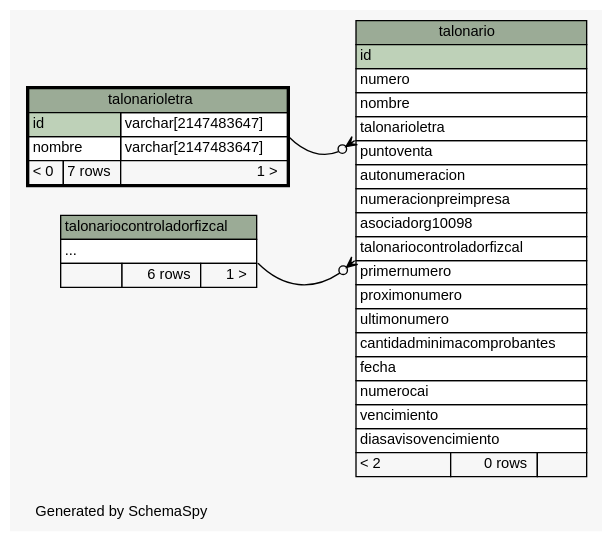
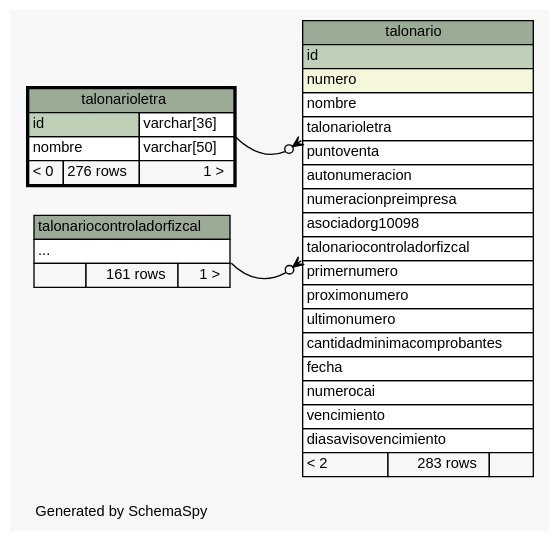
Before and after one commit to diegopablomansilla/massoftware_front: the diagram in postgresql/schemaSpy/salida/diagrams/talonarioletra.2degrees.dot, drawn with Graphviz. The commit also changed 162 other files, not shown here.

```diff
--- a/postgresql/schemaSpy/salida/diagrams/talonarioletra.2degrees.dot
+++ b/postgresql/schemaSpy/salida/diagrams/talonarioletra.2degrees.dot
@@ -1,71 +1,71 @@
 // dot 2.2.1 on Windows 10 10.0
 // SchemaSpy rev 590
 digraph "twoDegreesRelationshipsDiagram" {
   graph [
     rankdir="RL"
     bgcolor="#f7f7f7"
     label="\nGenerated by SchemaSpy"
     labeljust="l"
     nodesep="0.18"
     ranksep="0.46"
     fontname="Helvetica"
     fontsize="11"
   ];
   node [
     fontname="Helvetica"
     fontsize="11"
     shape="plaintext"
   ];
   edge [
     arrowsize="0.8"
   ];
   "talonario":"talonariocontroladorfizcal":sw -> "talonariocontroladorfizcal":"elipses":se [arrowhead=none dir=back arrowtail=crowodot];
   "talonario":"talonarioletra":sw -> "talonarioletra":"id.type":se [arrowhead=none dir=back arrowtail=crowodot];
   "talonario" [
     label=<
     <TABLE BORDER="0" CELLBORDER="1" CELLSPACING="0" BGCOLOR="#ffffff">
       <TR><TD COLSPAN="3" BGCOLOR="#9bab96" ALIGN="CENTER">talonario</TD></TR>
       <TR><TD PORT="id" COLSPAN="3" BGCOLOR="#bed1b8" ALIGN="LEFT">id</TD></TR>
-      <TR><TD PORT="numero" COLSPAN="3" ALIGN="LEFT">numero</TD></TR>
+      <TR><TD PORT="numero" COLSPAN="3" BGCOLOR="#f4f7da" ALIGN="LEFT">numero</TD></TR>
       <TR><TD PORT="nombre" COLSPAN="3" ALIGN="LEFT">nombre</TD></TR>
       <TR><TD PORT="talonarioletra" COLSPAN="3" ALIGN="LEFT">talonarioletra</TD></TR>
       <TR><TD PORT="puntoventa" COLSPAN="3" ALIGN="LEFT">puntoventa</TD></TR>
       <TR><TD PORT="autonumeracion" COLSPAN="3" ALIGN="LEFT">autonumeracion</TD></TR>
       <TR><TD PORT="numeracionpreimpresa" COLSPAN="3" ALIGN="LEFT">numeracionpreimpresa</TD></TR>
       <TR><TD PORT="asociadorg10098" COLSPAN="3" ALIGN="LEFT">asociadorg10098</TD></TR>
       <TR><TD PORT="talonariocontroladorfizcal" COLSPAN="3" ALIGN="LEFT">talonariocontroladorfizcal</TD></TR>
       <TR><TD PORT="primernumero" COLSPAN="3" ALIGN="LEFT">primernumero</TD></TR>
       <TR><TD PORT="proximonumero" COLSPAN="3" ALIGN="LEFT">proximonumero</TD></TR>
       <TR><TD PORT="ultimonumero" COLSPAN="3" ALIGN="LEFT">ultimonumero</TD></TR>
       <TR><TD PORT="cantidadminimacomprobantes" COLSPAN="3" ALIGN="LEFT">cantidadminimacomprobantes</TD></TR>
       <TR><TD PORT="fecha" COLSPAN="3" ALIGN="LEFT">fecha</TD></TR>
       <TR><TD PORT="numerocai" COLSPAN="3" ALIGN="LEFT">numerocai</TD></TR>
       <TR><TD PORT="vencimiento" COLSPAN="3" ALIGN="LEFT">vencimiento</TD></TR>
       <TR><TD PORT="diasavisovencimiento" COLSPAN="3" ALIGN="LEFT">diasavisovencimiento</TD></TR>
-      <TR><TD ALIGN="LEFT" BGCOLOR="#f7f7f7">&lt; 2</TD><TD ALIGN="RIGHT" BGCOLOR="#f7f7f7">0 rows</TD><TD ALIGN="RIGHT" BGCOLOR="#f7f7f7">  </TD></TR>
+      <TR><TD ALIGN="LEFT" BGCOLOR="#f7f7f7">&lt; 2</TD><TD ALIGN="RIGHT" BGCOLOR="#f7f7f7">283 rows</TD><TD ALIGN="RIGHT" BGCOLOR="#f7f7f7">  </TD></TR>
     </TABLE>>
     URL="talonario.html"
     tooltip="talonario"
   ];
   "talonariocontroladorfizcal" [
     label=<
     <TABLE BORDER="0" CELLBORDER="1" CELLSPACING="0" BGCOLOR="#ffffff">
       <TR><TD COLSPAN="3" BGCOLOR="#9bab96" ALIGN="CENTER">talonariocontroladorfizcal</TD></TR>
       <TR><TD PORT="elipses" COLSPAN="3" ALIGN="LEFT">...</TD></TR>
-      <TR><TD ALIGN="LEFT" BGCOLOR="#f7f7f7">  </TD><TD ALIGN="RIGHT" BGCOLOR="#f7f7f7">6 rows</TD><TD ALIGN="RIGHT" BGCOLOR="#f7f7f7">1 &gt;</TD></TR>
+      <TR><TD ALIGN="LEFT" BGCOLOR="#f7f7f7">  </TD><TD ALIGN="RIGHT" BGCOLOR="#f7f7f7">161 rows</TD><TD ALIGN="RIGHT" BGCOLOR="#f7f7f7">1 &gt;</TD></TR>
     </TABLE>>
     URL="talonariocontroladorfizcal.html"
     tooltip="talonariocontroladorfizcal"
   ];
   "talonarioletra" [
     label=<
     <TABLE BORDER="2" CELLBORDER="1" CELLSPACING="0" BGCOLOR="#ffffff">
       <TR><TD COLSPAN="3" BGCOLOR="#9bab96" ALIGN="CENTER">talonarioletra</TD></TR>
-      <TR><TD PORT="id" COLSPAN="2" BGCOLOR="#bed1b8" ALIGN="LEFT">id</TD><TD PORT="id.type" ALIGN="LEFT">varchar[2147483647]</TD></TR>
-      <TR><TD PORT="nombre" COLSPAN="2" ALIGN="LEFT">nombre</TD><TD PORT="nombre.type" ALIGN="LEFT">varchar[2147483647]</TD></TR>
-      <TR><TD ALIGN="LEFT" BGCOLOR="#f7f7f7">&lt; 0</TD><TD ALIGN="RIGHT" BGCOLOR="#f7f7f7">7 rows</TD><TD ALIGN="RIGHT" BGCOLOR="#f7f7f7">1 &gt;</TD></TR>
+      <TR><TD PORT="id" COLSPAN="2" BGCOLOR="#bed1b8" ALIGN="LEFT">id</TD><TD PORT="id.type" ALIGN="LEFT">varchar[36]</TD></TR>
+      <TR><TD PORT="nombre" COLSPAN="2" ALIGN="LEFT">nombre</TD><TD PORT="nombre.type" ALIGN="LEFT">varchar[50]</TD></TR>
+      <TR><TD ALIGN="LEFT" BGCOLOR="#f7f7f7">&lt; 0</TD><TD ALIGN="RIGHT" BGCOLOR="#f7f7f7">276 rows</TD><TD ALIGN="RIGHT" BGCOLOR="#f7f7f7">1 &gt;</TD></TR>
     </TABLE>>
     URL="talonarioletra.html"
     tooltip="talonarioletra"
   ];
 }
```
